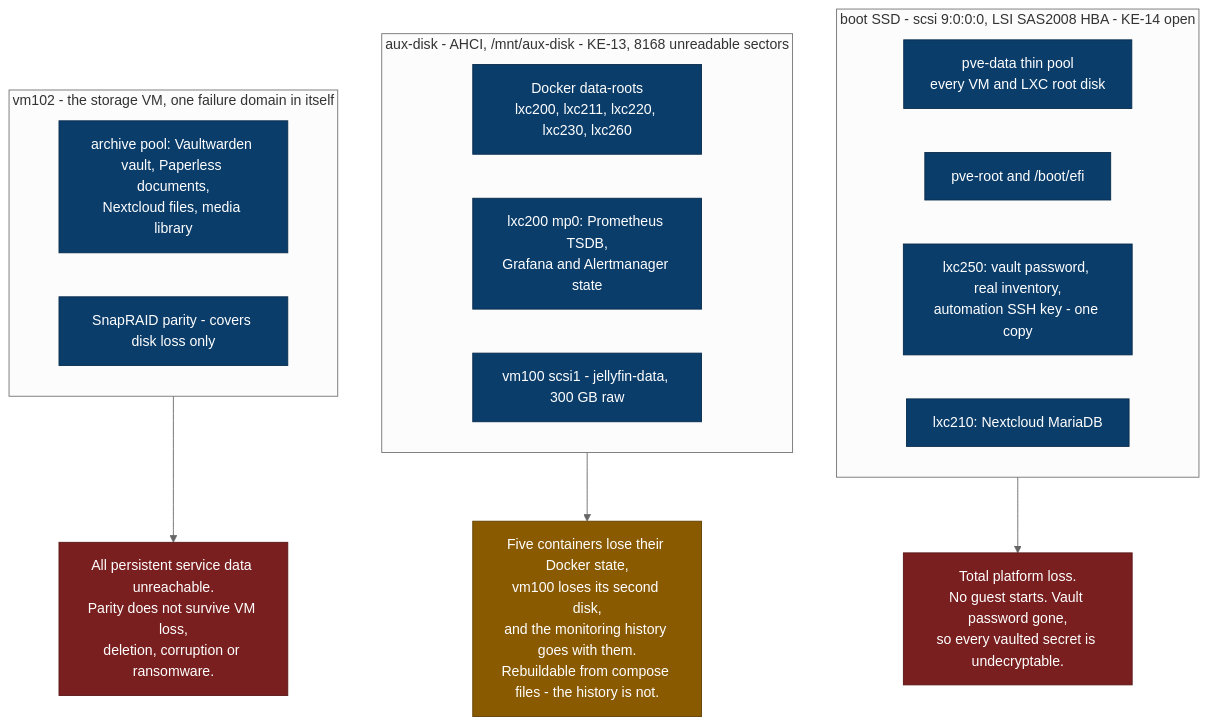
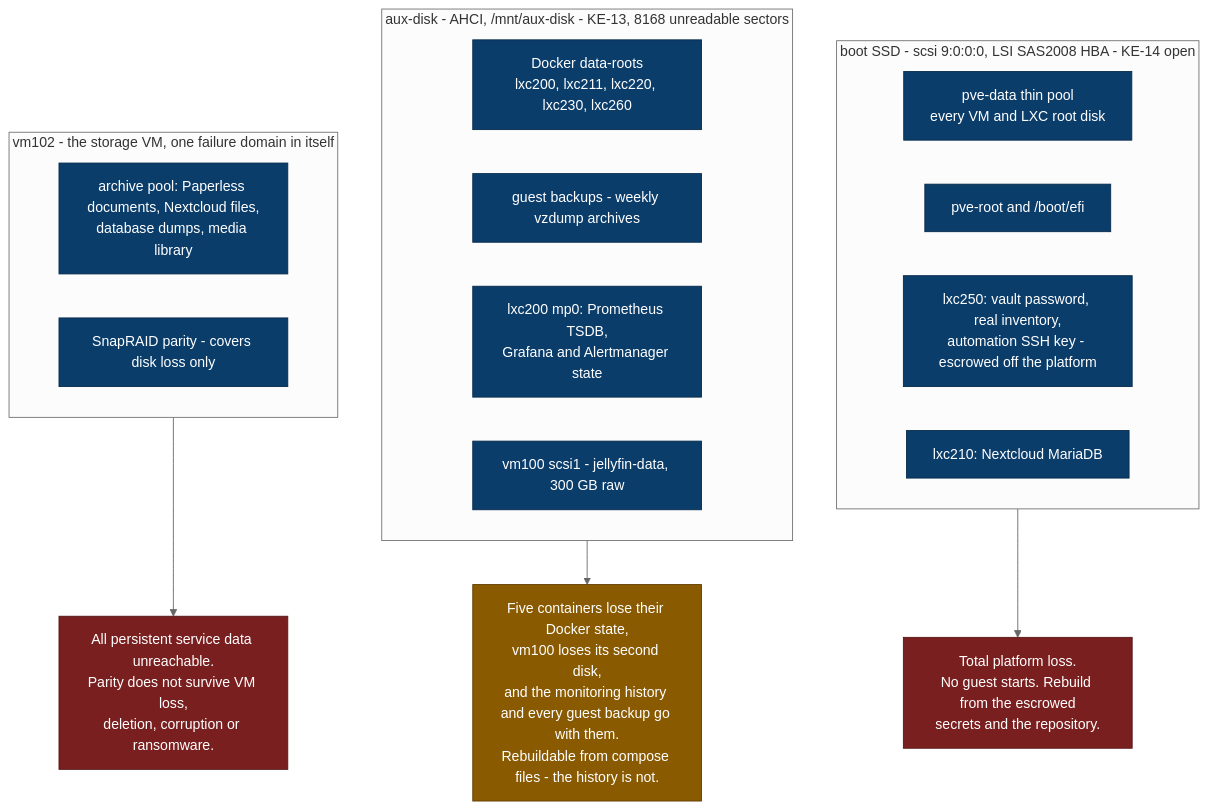
One commit to sohanreddyk/homelab-server-architecture changed the diagram in docs/architecture/failure-domains.md. Above: the diagram before and after it, drawn with Mermaid (neutral theme). The commit also changed other lines of this file and 12 other files, not shown here.

First line of the commit message:
docs(platform): bring diagrams and overviews to the measured state

````diff
--- a/docs/architecture/failure-domains.md
+++ b/docs/architecture/failure-domains.md
@@ -15,34 +15,35 @@
 ```mermaid
 flowchart TB
   accTitle: Failure domains of the platform
   accDescr: Boot SSD, aux-disk and vm102 as three failure domains, with what each carries and what its loss causes.
 
   subgraph boot["boot SSD - scsi 9:0:0:0, LSI SAS2008 HBA - KE-14 open"]
     ROOTS["pve-data thin pool<br/>every VM and LXC root disk"]
     PVEROOT["pve-root and /boot/efi"]
-    SECRETS["lxc250: vault password, real inventory,<br/>automation SSH key - one copy"]
+    SECRETS["lxc250: vault password, real inventory,<br/>automation SSH key - escrowed off the platform"]
     NCDB["lxc210: Nextcloud MariaDB"]
   end
 
   subgraph auxd["aux-disk - AHCI, /mnt/aux-disk - KE-13, 8168 unreadable sectors"]
     DROOTS["Docker data-roots<br/>lxc200, lxc211, lxc220, lxc230, lxc260"]
+    VZDUMP["guest backups - weekly vzdump archives"]
     MONDATA["lxc200 mp0: Prometheus TSDB,<br/>Grafana and Alertmanager state"]
     JELLY["vm100 scsi1 - jellyfin-data, 300 GB raw"]
   end
 
   subgraph storagevm["vm102 - the storage VM, one failure domain in itself"]
-    ARCHIVE["archive pool: Vaultwarden vault, Paperless documents,<br/>Nextcloud files, media library"]
+    ARCHIVE["archive pool: Paperless documents, Nextcloud files,<br/>database dumps, media library"]
     PARITY["SnapRAID parity - covers disk loss only"]
   end
 
-  boot --> L1["Total platform loss.<br/>No guest starts. Vault password gone,<br/>so every vaulted secret is undecryptable."]
-  auxd --> L2["Five containers lose their Docker state,<br/>vm100 loses its second disk,<br/>and the monitoring history goes with them.<br/>Rebuildable from compose files - the history is not."]
+  boot --> L1["Total platform loss.<br/>No guest starts. Rebuild from the escrowed<br/>secrets and the repository."]
+  auxd --> L2["Five containers lose their Docker state,<br/>vm100 loses its second disk,<br/>and the monitoring history and every guest backup go with them.<br/>Rebuildable from compose files - the history is not."]
   storagevm --> L3["All persistent service data unreachable.<br/>Parity does not survive VM loss,<br/>deletion, corruption or ransomware."]
 
   classDef sick fill:#7a1f1f,stroke:#571414,color:#ffffff
   classDef warn fill:#8a5a00,stroke:#5f3e00,color:#ffffff
   classDef content fill:#0b3d6b,stroke:#062a4b,color:#ffffff
   class L1,L3 sick
   class L2 warn
-  class ROOTS,PVEROOT,SECRETS,NCDB,DROOTS,MONDATA,JELLY,ARCHIVE,PARITY content
+  class ROOTS,PVEROOT,SECRETS,NCDB,DROOTS,VZDUMP,MONDATA,JELLY,ARCHIVE,PARITY content
 ```
````
